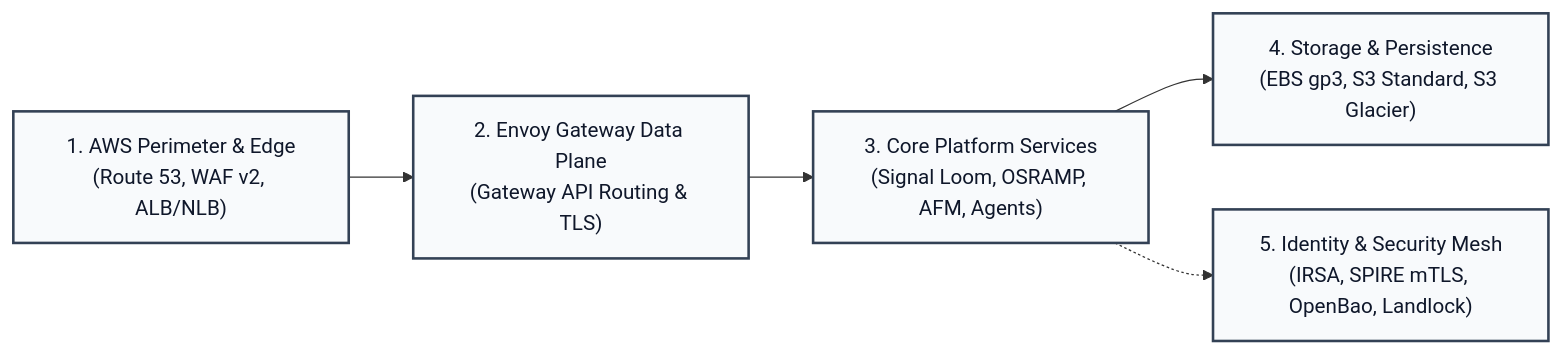
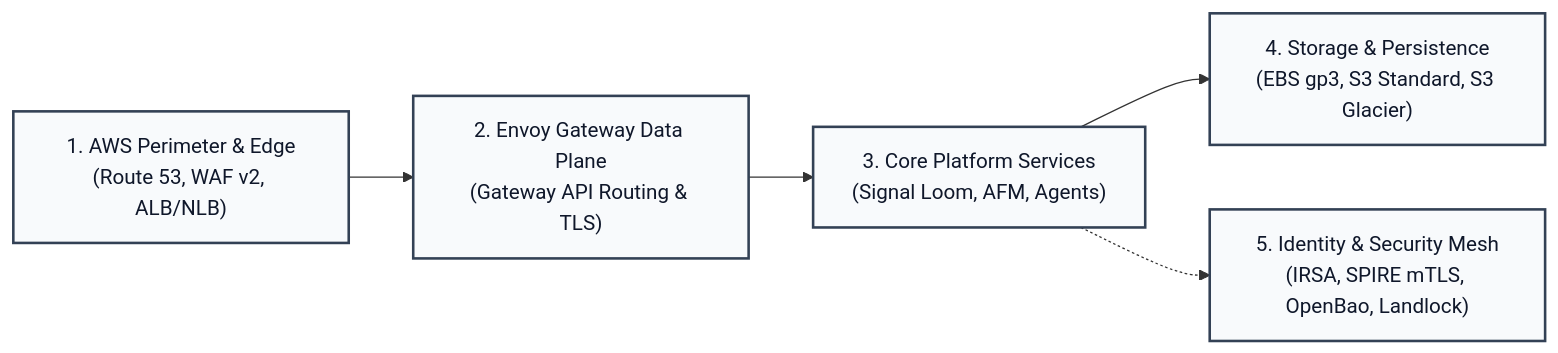
Before and after one commit to sublimino/architecture-as-code: the first of 5 diagrams in docs/aws-eks-architecture-specification.md, drawn with Mermaid. The commit also changed other lines of this file and 45 other files, not shown here.

Commit message:
docs: reconcile proposal cross-references, architecture flows, and evidence metadata

````diff
--- a/docs/aws-eks-architecture-specification.md
+++ b/docs/aws-eks-architecture-specification.md
@@ -13,16 +13,16 @@
 ```mermaid
 flowchart LR
   PERIMETER["1. AWS Perimeter & Edge<br/>(Route 53, WAF v2, ALB/NLB)"]
   GATEWAY["2. Envoy Gateway Data Plane<br/>(Gateway API Routing & TLS)"]
-  SERVICES["3. Core Platform Services<br/>(Signal Loom, OSRAMP, AFM, Agents)"]
+  SERVICES["3. Core Platform Services<br/>(Signal Loom, AFM, Agents)"]
   STORAGE["4. Storage & Persistence<br/>(EBS gp3, S3 Standard, S3 Glacier)"]
   SECURITY["5. Identity & Security Mesh<br/>(IRSA, SPIRE mTLS, OpenBao, Landlock)"]
 
   PERIMETER --> GATEWAY
   GATEWAY --> SERVICES
   SERVICES --> STORAGE
   SERVICES -.-> SECURITY
 
   classDef box fill:#f8fafc,stroke:#334155,color:#0f172a,stroke-width:2px;
   class PERIMETER,GATEWAY,SERVICES,STORAGE,SECURITY box;
 ```
````
